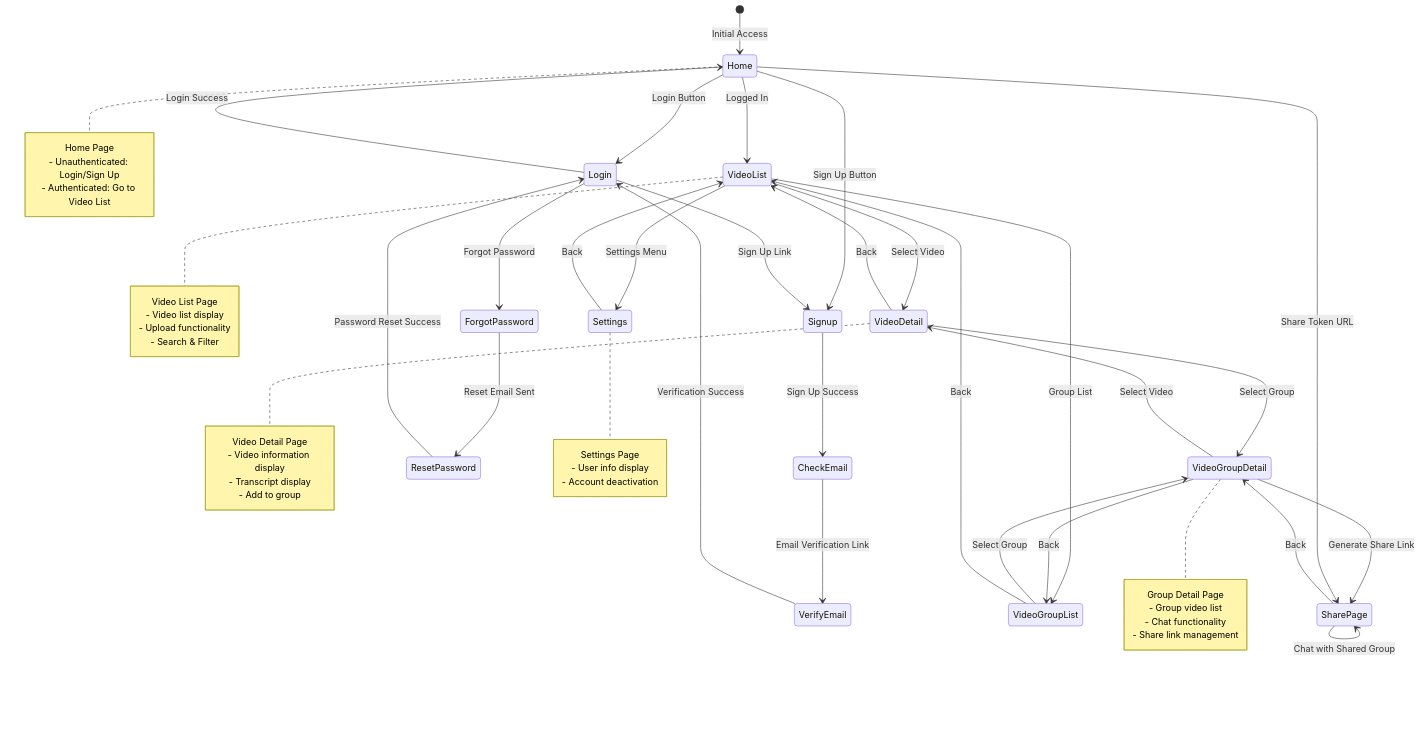
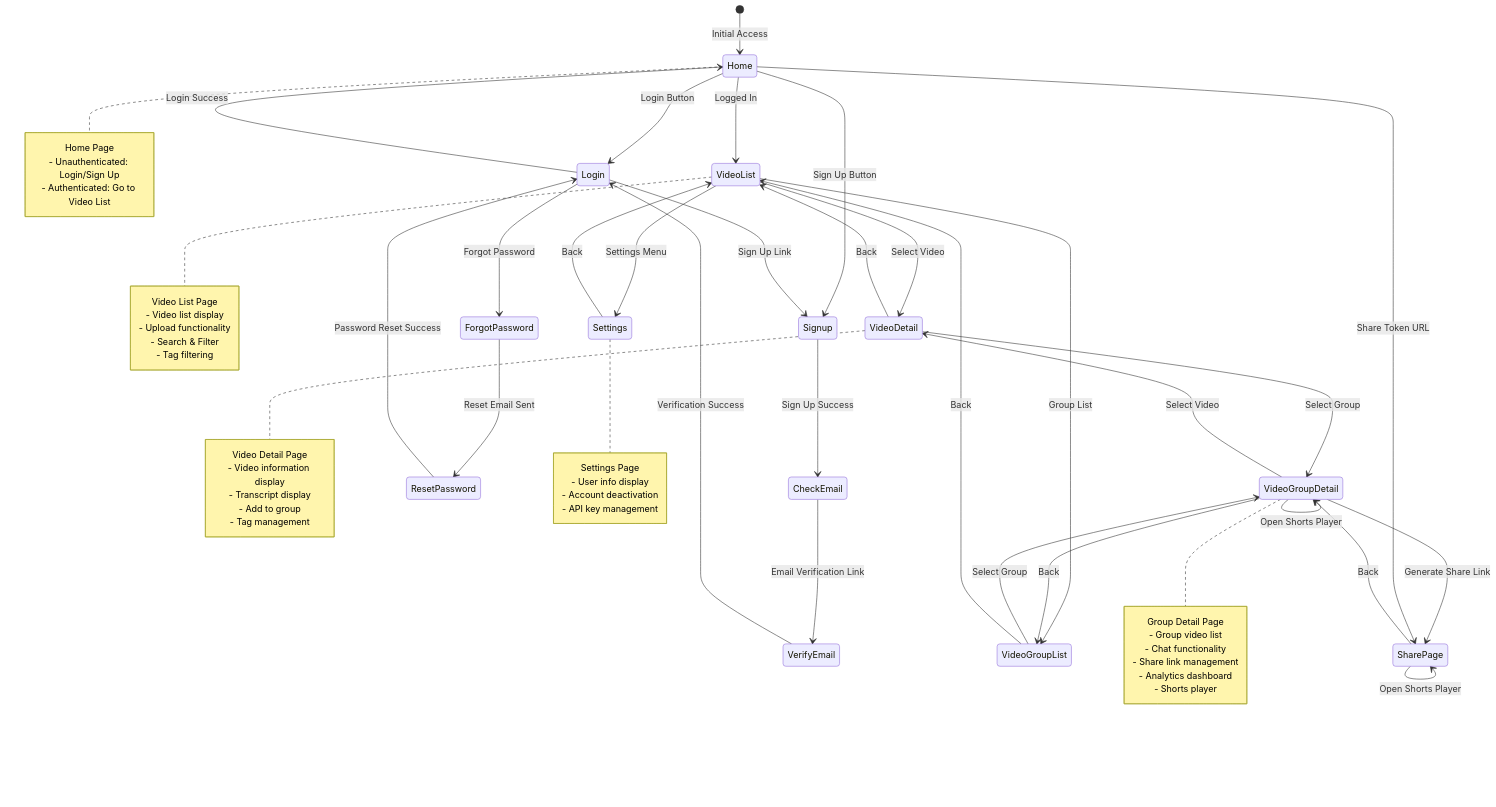
The diagram in docs/requirements/screen-transition-diagram.md (yukiharada1228/videoq), drawn with Mermaid before and after one commit. The commit also changed other lines of this file and 14 other files, not shown here.

First line of the commit message:
docs: sync architecture and design diagrams with latest implementation

````diff
--- a/docs/requirements/screen-transition-diagram.md
+++ b/docs/requirements/screen-transition-diagram.md
@@ -9,73 +9,82 @@
 ```mermaid
 stateDiagram-v2
     [*] --> Home: Initial Access
     
     Home --> Login: Login Button
     Home --> Signup: Sign Up Button
     
     Login --> Home: Login Success
     Login --> ForgotPassword: Forgot Password
     Login --> Signup: Sign Up Link
     
     Signup --> CheckEmail: Sign Up Success
     CheckEmail --> VerifyEmail: Email Verification Link
     VerifyEmail --> Login: Verification Success
     
     ForgotPassword --> ResetPassword: Reset Email Sent
     ResetPassword --> Login: Password Reset Success
     
     Home --> VideoList: Logged In
     VideoList --> VideoDetail: Select Video
     VideoList --> VideoGroupList: Group List
     
     VideoDetail --> VideoList: Back
     VideoDetail --> VideoGroupDetail: Select Group
     
     VideoGroupList --> VideoGroupDetail: Select Group
     VideoGroupList --> VideoList: Back
     
     VideoGroupDetail --> VideoGroupList: Back
     VideoGroupDetail --> VideoDetail: Select Video
     VideoGroupDetail --> SharePage: Generate Share Link
+
+    VideoGroupDetail --> VideoGroupDetail: Open Analytics Dashboard
+    VideoGroupDetail --> VideoGroupDetail: Open Shorts Player
     
     SharePage --> VideoGroupDetail: Back
 
     Home --> SharePage: Share Token URL
     SharePage --> SharePage: Chat with Shared Group
+    SharePage --> SharePage: Open Shorts Player
 
     VideoList --> Settings: Settings Menu
     Settings --> VideoList: Back
     
     note right of Home
         Home Page
         - Unauthenticated: Login/Sign Up
         - Authenticated: Go to Video List
     end note
     
     note right of VideoList
         Video List Page
         - Video list display
         - Upload functionality
         - Search & Filter
+        - Tag filtering
     end note
     
     note right of VideoDetail
         Video Detail Page
         - Video information display
         - Transcript display
         - Add to group
+        - Tag management
     end note
     
     note right of VideoGroupDetail
         Group Detail Page
         - Group video list
         - Chat functionality
         - Share link management
+        - Analytics dashboard
+        - Shorts player
     end note
 
     note right of Settings
         Settings Page
         - User info display
         - Account deactivation
+        - API key management
     end note
 ```
````
